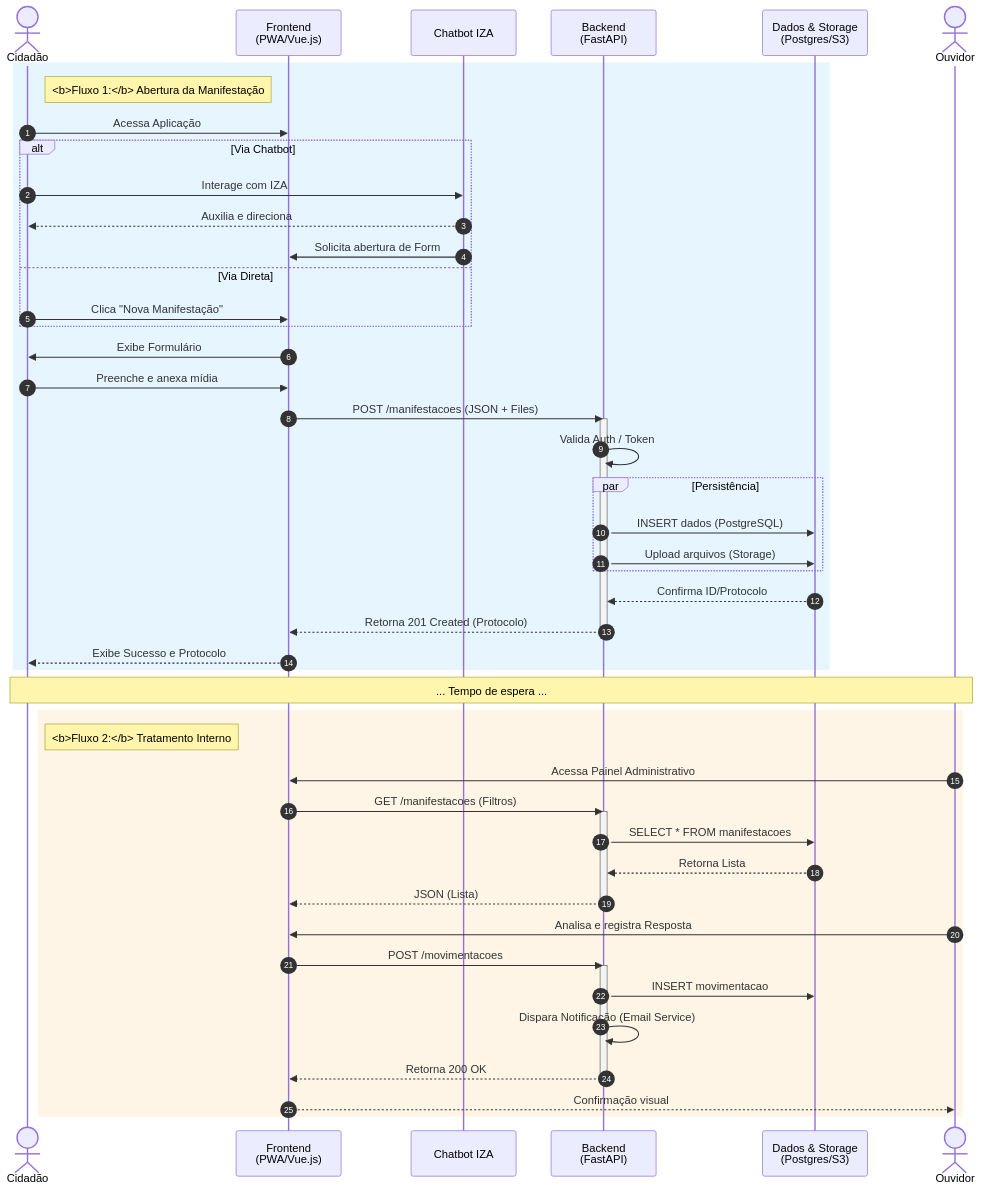
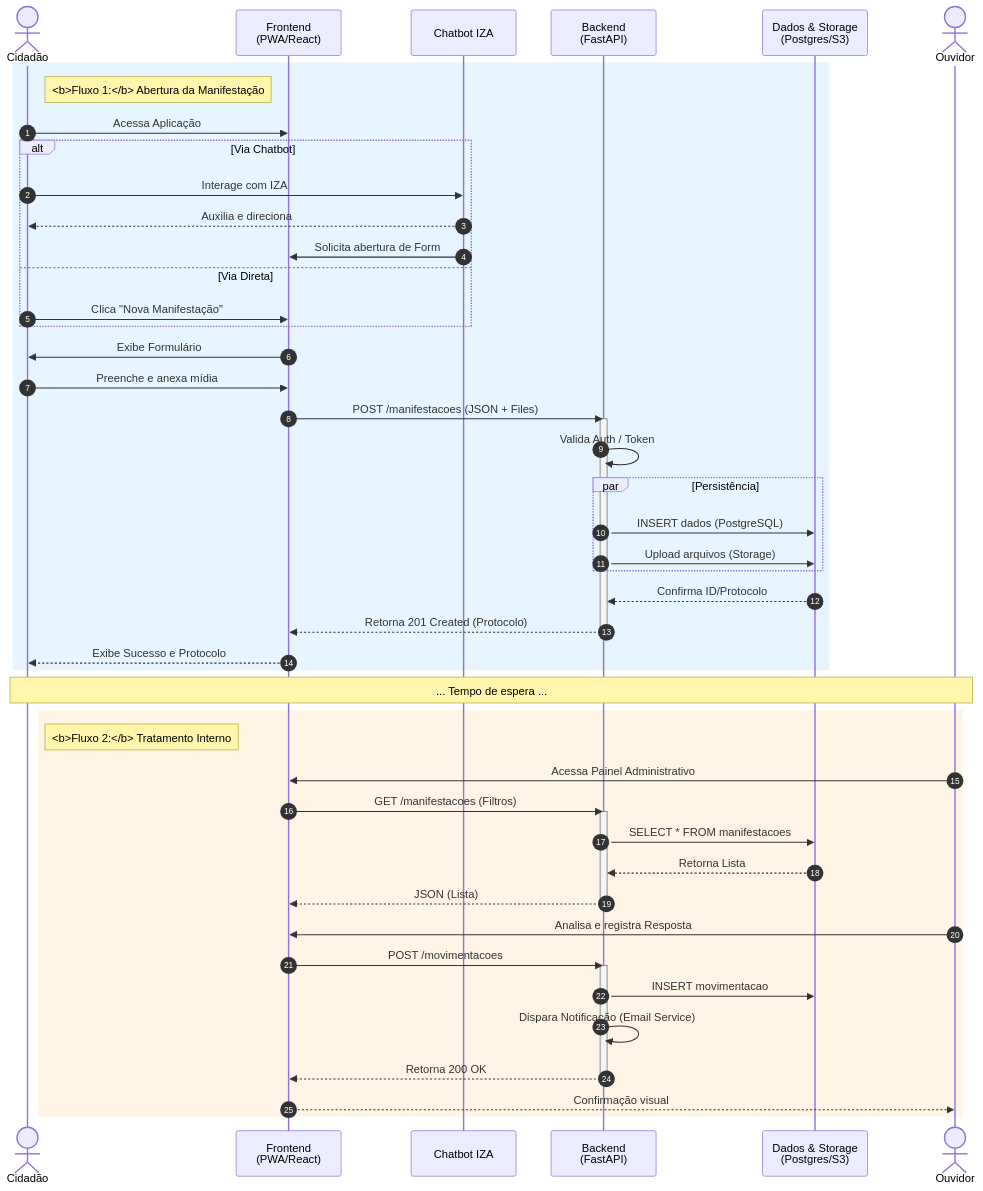
The fifth of 5 diagrams in Readme.md (Rafa516/Desafio-Participa-DF-OUV), drawn with Mermaid before and after one commit. The commit also changed other lines of this file and 1006 other files, not shown here.

````diff
--- a/Readme.md
+++ b/Readme.md
@@ -381,73 +381,73 @@
 ```mermaid
 sequenceDiagram
     autonumber
     %% Definição dos Participantes
     actor Cid as Cidadão
-    participant PWA as Frontend<br/>(PWA/Vue.js)
+    participant PWA as Frontend<br/>(PWA/React)
     participant Chat as  Chatbot IZA
     participant API as Backend<br/>(FastAPI)
     participant DB as  Dados & Storage<br/>(Postgres/S3)
     actor Ouv as  Ouvidor
 
     %% --- CENÁRIO 1: ABERTURA DE MANIFESTAÇÃO ---
     rect rgb(230, 245, 255)
         note right of Cid: <b>Fluxo 1:</b> Abertura da Manifestação
         
         Cid->>PWA: Acessa Aplicação
         
         alt Via Chatbot
             Cid->>Chat: Interage com IZA
             Chat-->>Cid: Auxilia e direciona
             Chat->>PWA: Solicita abertura de Form
         else Via Direta
             Cid->>PWA: Clica "Nova Manifestação"
         end
 
         PWA->>Cid: Exibe Formulário
         Cid->>PWA: Preenche e anexa mídia
         
         PWA->>API: POST /manifestacoes (JSON + Files)
         activate API
         
         API->>API: Valida Auth / Token
         
         par Persistência
             API->>DB: INSERT dados (PostgreSQL)
             API->>DB: Upload arquivos (Storage)
         end
         
         DB-->>API: Confirma ID/Protocolo
         API-->>PWA: Retorna 201 Created (Protocolo)
         deactivate API
         
         PWA-->>Cid: Exibe Sucesso e Protocolo
     end
 
     %% Separador visual
     note over Cid, Ouv: ... Tempo de espera ...
 
     %% --- CENÁRIO 2: TRATAMENTO PELO OUVIDOR ---
     rect rgb(255, 245, 230)
         note right of Cid: <b>Fluxo 2:</b> Tratamento Interno
         
         Ouv->>PWA: Acessa Painel Administrativo
         PWA->>API: GET /manifestacoes (Filtros)
         activate API
         API->>DB: SELECT * FROM manifestacoes
         DB-->>API: Retorna Lista
         API-->>PWA: JSON (Lista)
         deactivate API
 
         Ouv->>PWA: Analisa e registra Resposta
         PWA->>API: POST /movimentacoes
         activate API
         
         API->>DB: INSERT movimentacao
         API->>API: Dispara Notificação (Email Service)
         
         API-->>PWA: Retorna 200 OK
         deactivate API
         
         PWA-->>Ouv: Confirmação visual
     end
 ```
````
